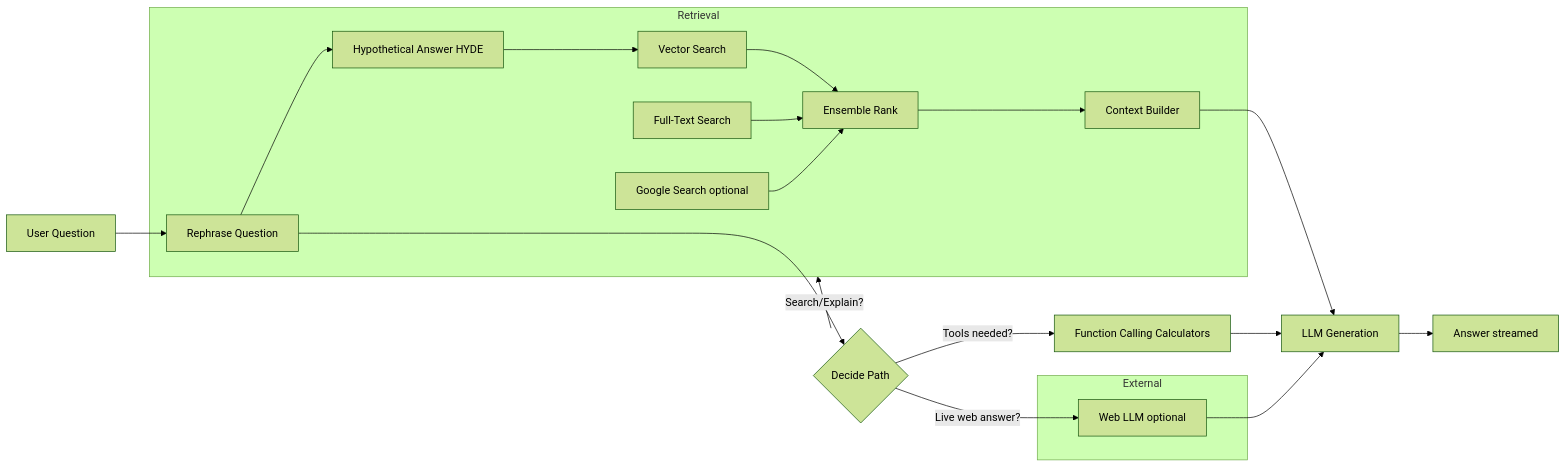
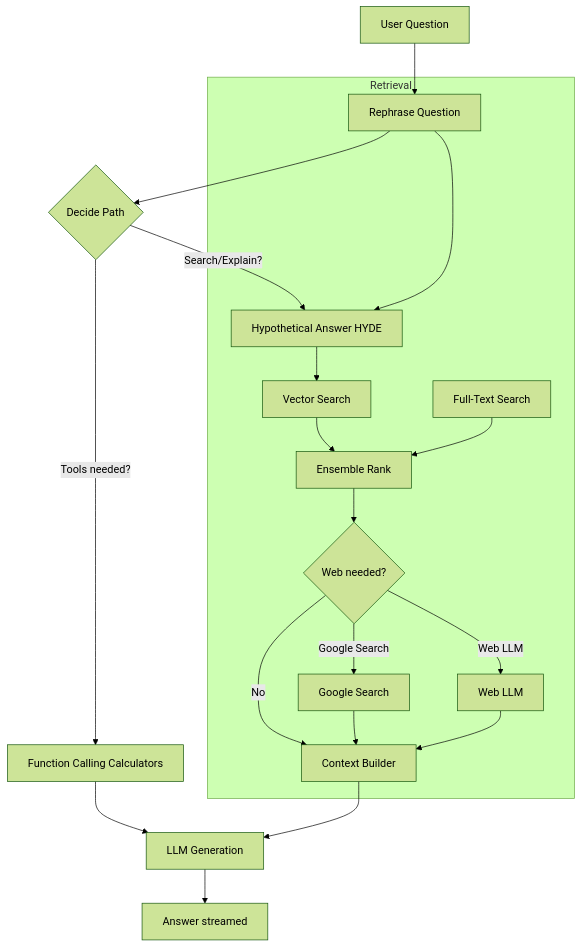
One commit to anilnairxyz/lifeandtimes changed the first of 2 diagrams in docs/blog/posts/2024-01-tax-copilot.md. Above: the diagram before and after it, drawn with Mermaid (forest theme). The commit also changed other lines of this file and 1 other file, not shown here.

````diff
--- a/docs/blog/posts/2024-01-tax-copilot.md
+++ b/docs/blog/posts/2024-01-tax-copilot.md
@@ -41,26 +41,24 @@
 ```mermaid
-flowchart LR
+flowchart TB
   U[User Question] --> RQ[Rephrase Question]
   RQ --> DEC{Decide Path}
   DEC -- Tools needed? --> FC[Function Calling Calculators]
-  DEC -- Search/Explain? --> RETR
+  DEC -- Search/Explain? --> HA
 
   subgraph RETR[Retrieval]
     HA[Hypothetical Answer HYDE] --> VEC
     RQ --> HA
     VEC[Vector Search] --> ENS[Ensemble Rank]
     FTS[Full-Text Search] --> ENS
-    G[Google Search optional] --> ENS
-    ENS --> CTX[Context Builder]
+    ENS --> WDEC{Web needed?}
+    WDEC -- No --> CTX[Context Builder]
+    WDEC -- Google Search --> G[Google Search]
+    WDEC -- Web LLM --> PPLX[Web LLM]
+    G --> CTX
+    PPLX --> CTX
   end
 
   CTX --> GEN[LLM Generation]
   FC --> GEN
-
-  subgraph EXT[External]
-    PPLX[Web LLM optional]
-  end
-
-  DEC -- Live web answer? --> PPLX --> GEN
   GEN --> A[Answer streamed]
 ```
````
